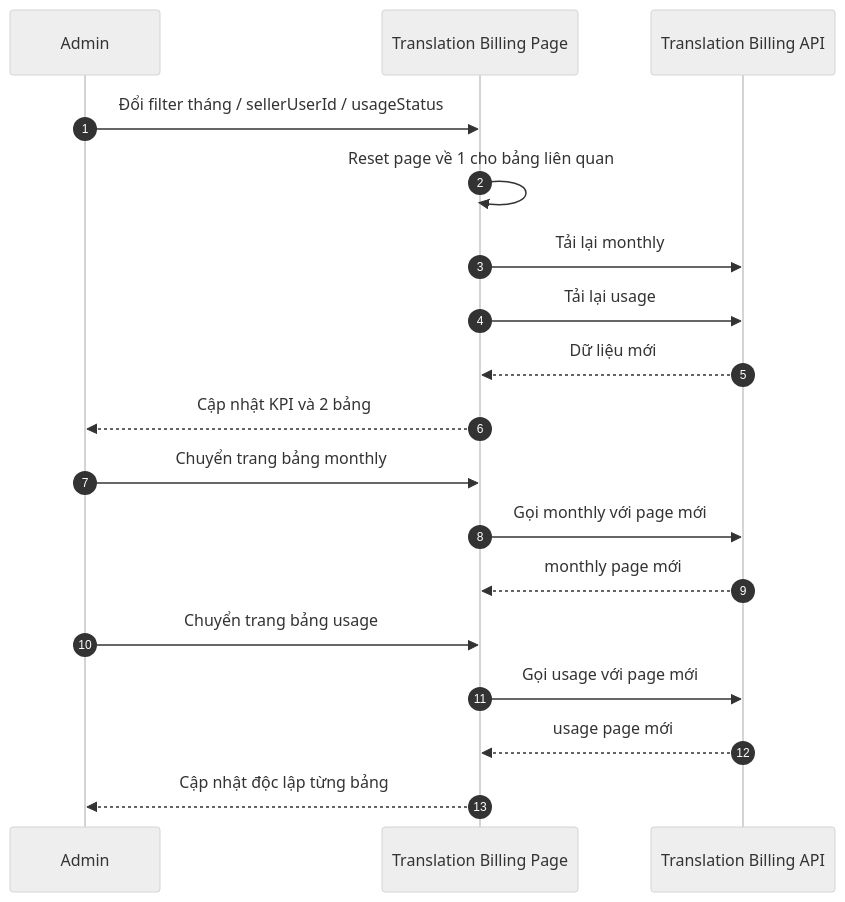
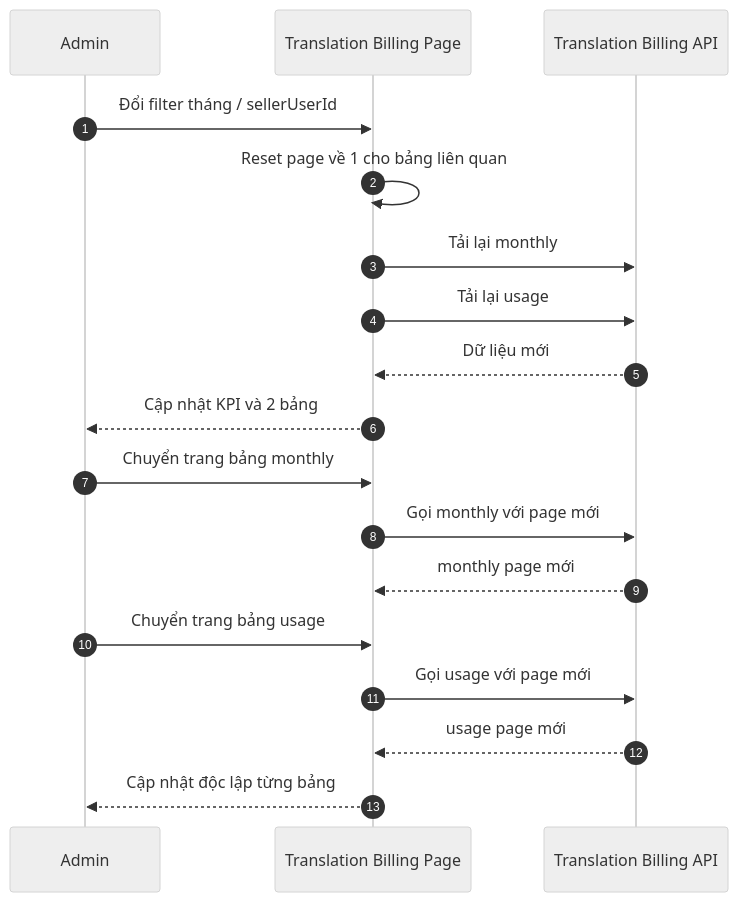
Diagram 28 of 28 in docs/sequence/flow-admin.md (sangnp-s-organiztion/food-market-narrator), drawn with Mermaid (neutral theme) before and after one commit. The commit also changed other lines of this file and 59 other files, not shown here.

Commit message:
cap nhat sequence

````diff
--- a/docs/sequence/flow-admin.md
+++ b/docs/sequence/flow-admin.md
@@ -516,23 +605,23 @@
 ```mermaid
 sequenceDiagram
     autonumber
     participant U as Admin
     participant FE as Translation Billing Page
     participant BILL as Translation Billing API
 
-    U->>FE: Đổi filter tháng / sellerUserId / usageStatus
+    U->>FE: Đổi filter tháng / sellerUserId
     FE->>FE: Reset page về 1 cho bảng liên quan
     FE->>BILL: Tải lại monthly
     FE->>BILL: Tải lại usage
     BILL-->>FE: Dữ liệu mới
     FE-->>U: Cập nhật KPI và 2 bảng
 
     U->>FE: Chuyển trang bảng monthly
     FE->>BILL: Gọi monthly với page mới
     BILL-->>FE: monthly page mới
 
     U->>FE: Chuyển trang bảng usage
     FE->>BILL: Gọi usage với page mới
     BILL-->>FE: usage page mới
     FE-->>U: Cập nhật độc lập từng bảng
 ```
````
